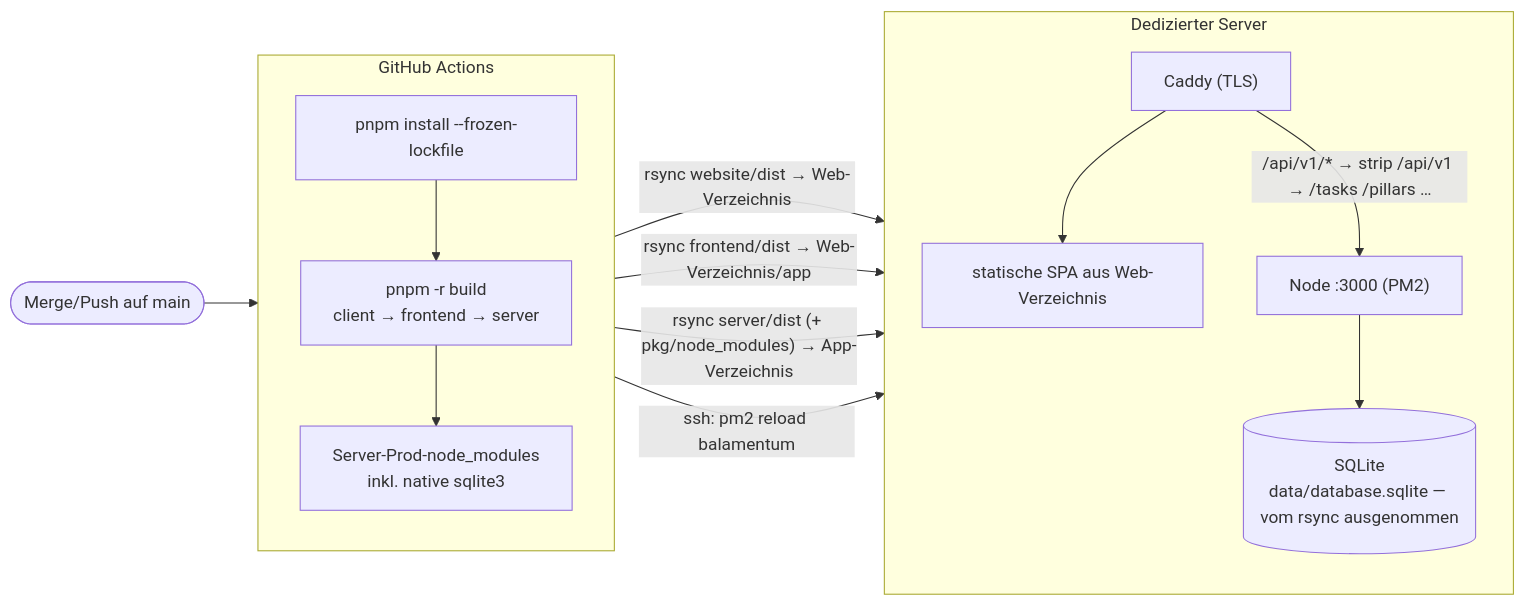
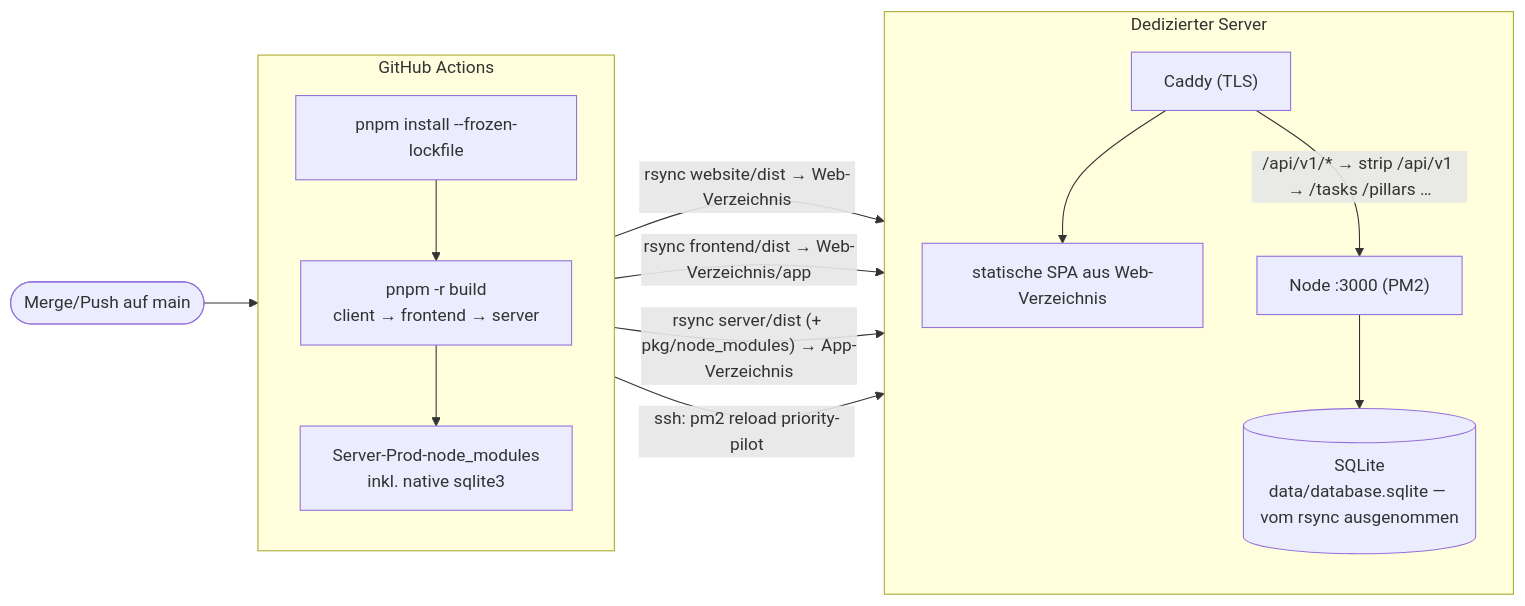
One commit to deleonio/priority-pilot changed the diagram in docs/deployment.md. Above: the diagram before and after it, drawn with Mermaid. The commit also changed other lines of this file and 56 other files, not shown here.

First line of the commit message:
refactor: technische Bezeichner bleiben vorerst priority-pilot

````diff
--- a/docs/deployment.md
+++ b/docs/deployment.md
@@ -32,22 +32,22 @@
 ```mermaid
 flowchart LR
     merge([Merge/Push auf main]) --> gha
 
     subgraph gha["GitHub Actions"]
         direction TB
         b1["pnpm install --frozen-lockfile"] --> b2["pnpm -r build<br/>client → frontend → server"]
         b2 --> b3["Server-Prod-node_modules<br/>inkl. native sqlite3"]
     end
 
     gha -- "rsync website/dist → Web-Verzeichnis" --> host
     gha -- "rsync frontend/dist → Web-Verzeichnis/app" --> host
     gha -- "rsync server/dist (+ pkg/node_modules) → App-Verzeichnis" --> host
-    gha -- "ssh: pm2 reload balamentum" --> host
+    gha -- "ssh: pm2 reload priority-pilot" --> host
 
     subgraph host["Dedizierter Server"]
         direction TB
         caddy["Caddy (TLS)"] --> spa["statische SPA aus Web-Verzeichnis"]
         caddy -- "/api/v1/* → strip /api/v1 → /tasks /pillars …" --> node["Node :3000 (PM2)"]
         node --> db[("SQLite<br/>data/database.sqlite — vom rsync ausgenommen")]
     end
 ```
````
